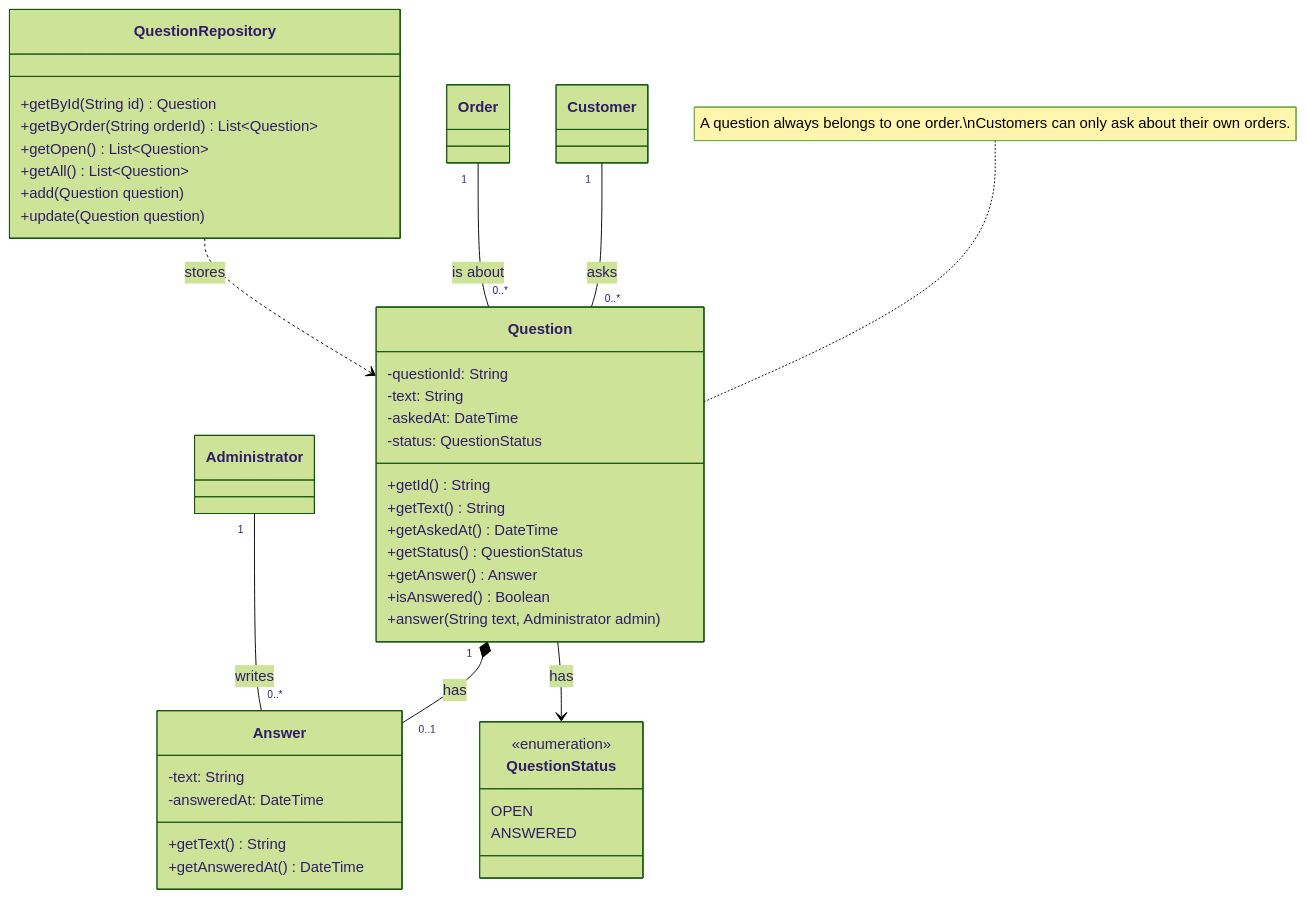
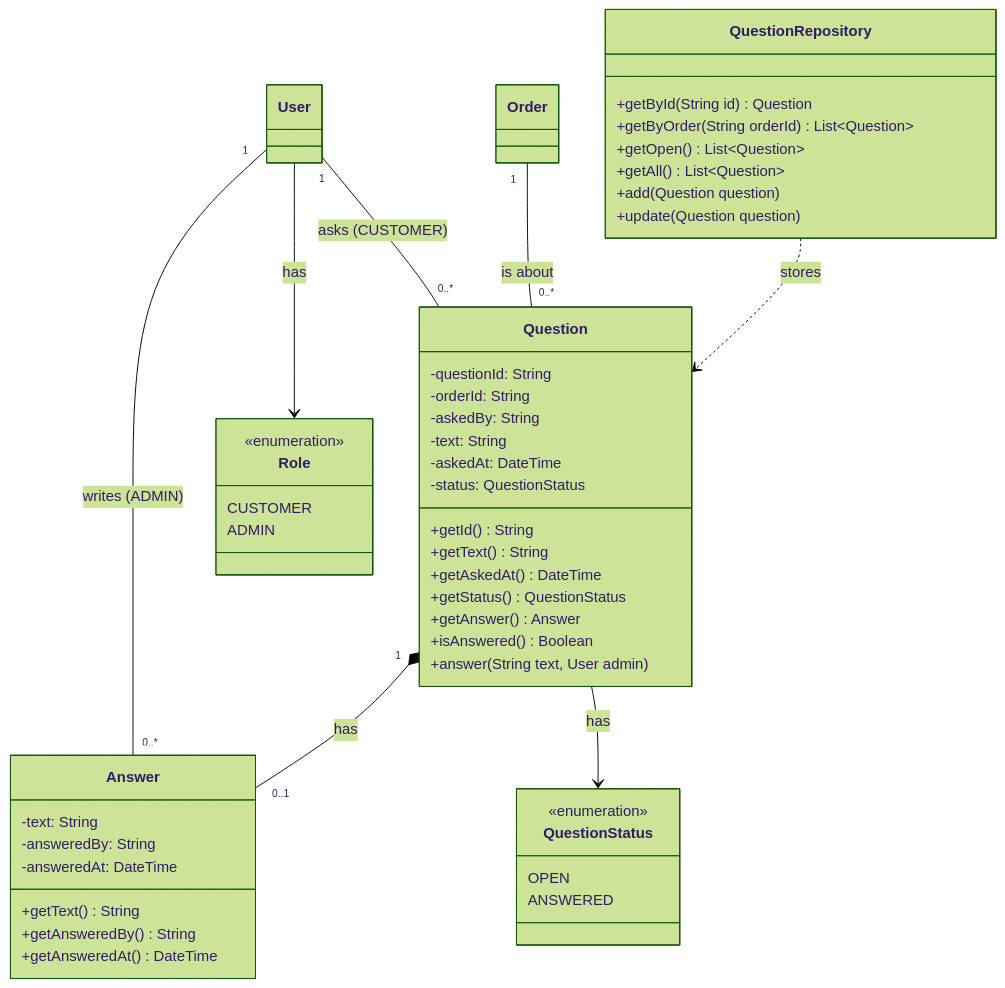
The diagram in docs/plans/qa_class_diagram.md (vikri8772/assignment4), drawn with Mermaid (forest theme) before and after one commit.

````diff
--- a/docs/plans/qa_class_diagram.md
+++ b/docs/plans/qa_class_diagram.md
@@ -3,51 +3,58 @@
 ```mermaid
 classDiagram
     class Question {
         -questionId: String
+        -orderId: String
+        -askedBy: String
         -text: String
         -askedAt: DateTime
         -status: QuestionStatus
         +getId() String
         +getText() String
         +getAskedAt() DateTime
         +getStatus() QuestionStatus
         +getAnswer() Answer
         +isAnswered() Boolean
-        +answer(String text, Administrator admin)
+        +answer(String text, User admin)
     }
 
     class Answer {
         -text: String
+        -answeredBy: String
         -answeredAt: DateTime
         +getText() String
+        +getAnsweredBy() String
         +getAnsweredAt() DateTime
     }
 
     class QuestionStatus {
         <<enumeration>>
         OPEN
         ANSWERED
     }
 
     class QuestionRepository {
         +getById(String id) Question
         +getByOrder(String orderId) List~Question~
         +getOpen() List~Question~
         +getAll() List~Question~
         +add(Question question)
         +update(Question question)
     }
 
     class Order
-    class Customer
-    class Administrator
+    class User
+    class Role {
+        <<enumeration>>
+        CUSTOMER
+        ADMIN
+    }
 
-    Customer "1" -- "0..*" Question : asks
+    User --> Role : has
+    User "1" -- "0..*" Question : asks (CUSTOMER)
+    User "1" -- "0..*" Answer : writes (ADMIN)
     Order "1" -- "0..*" Question : is about
     Question "1" *-- "0..1" Answer : has
-    Administrator "1" -- "0..*" Answer : writes
     Question --> QuestionStatus : has
     QuestionRepository ..> Question : stores
-
-    note for Question "A question always belongs to one order.\nCustomers can only ask about their own orders."
 ```
````
